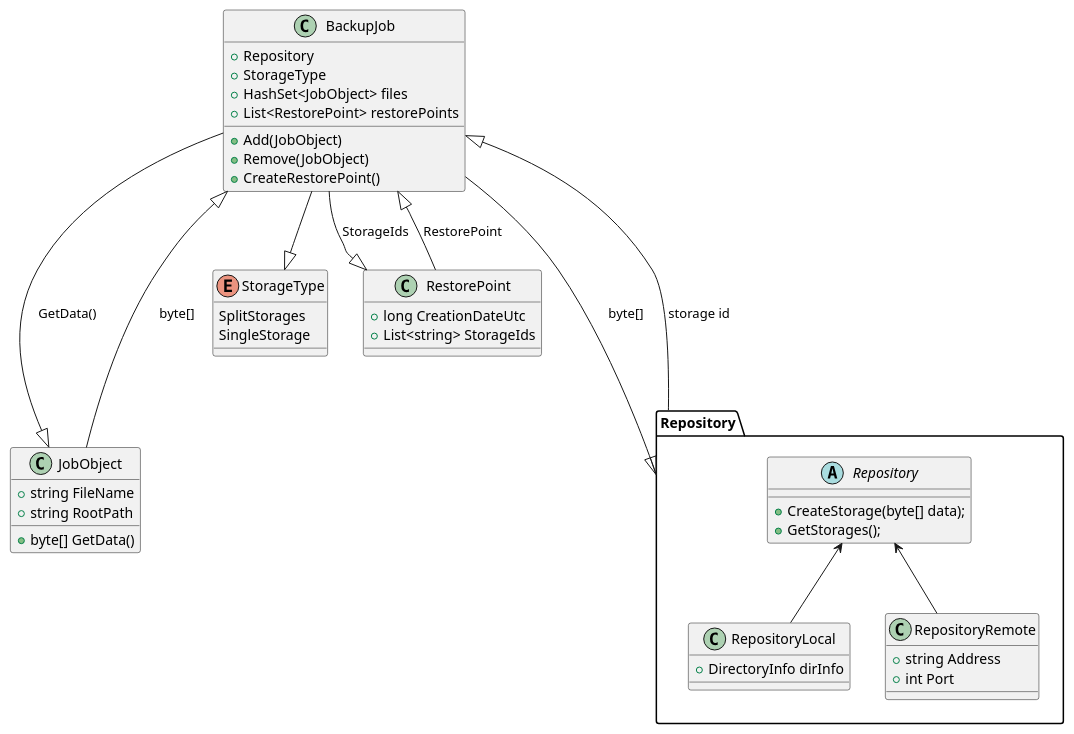
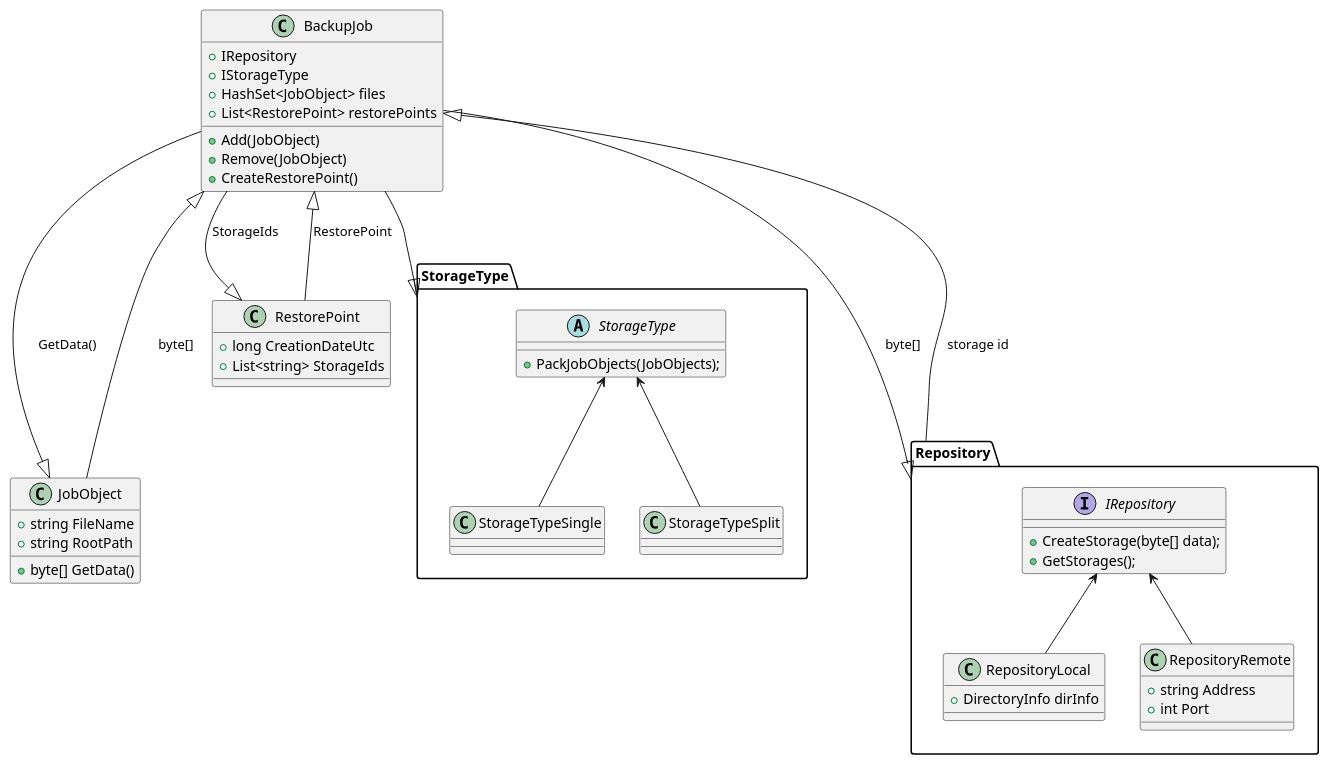
Before and after one commit to Danilaa56/itmo-sem-3-oop: the diagram in Backups/Backups UML.puml, drawn with PlantUML.

Commit message:
feat: updated uml scheme

```diff
--- a/Backups/Backups UML.puml
+++ b/Backups/Backups UML.puml
@@ -1,57 +1,66 @@
 @startuml
 'https://plantuml.com/class-diagram
 
 namespace Repository {
-    abstract class Repository {
+    interface IRepository {
         + CreateStorage(byte[] data);
         + GetStorages();
     }
 
     class RepositoryLocal {
         + DirectoryInfo dirInfo
     }
 
     class RepositoryRemote {
         + string Address
         + int Port
     }
 
-    Repository <-- RepositoryLocal
-    Repository <-- RepositoryRemote
+    IRepository <-- RepositoryLocal
+    IRepository <-- RepositoryRemote
+}
+namespace StorageType {
+    abstract class StorageType {
+        + PackJobObjects(JobObjects);
+    }
+
+    class StorageTypeSingle {
+    }
+
+    class StorageTypeSplit {
+    }
+
+    StorageType <-- StorageTypeSingle
+    StorageType <-- StorageTypeSplit
 }
 class BackupJob {
-    + Repository
-    + StorageType
+    + IRepository
+    + IStorageType
     + HashSet<JobObject> files
     + List<RestorePoint> restorePoints
 
     + Add(JobObject)
     + Remove(JobObject)
     + CreateRestorePoint()
 }
 
 class JobObject {
     + string FileName
     + string RootPath
     + byte[] GetData()
-}
-
-enum StorageType{
-    SplitStorages
-    SingleStorage
 }
 
 class RestorePoint {
     + long CreationDateUtc
     + List<string> StorageIds
 }
 
 BackupJob -down-|> StorageType
 BackupJob -down-|> JobObject : GetData()
 BackupJob <|-down-- JobObject : byte[]
 BackupJob -down-|> RestorePoint : StorageIds
 BackupJob <|-down- RestorePoint : RestorePoint
 BackupJob --down-|> Repository : byte[]
 BackupJob <|-down-- Repository : storage id
 
 @enduml
```
